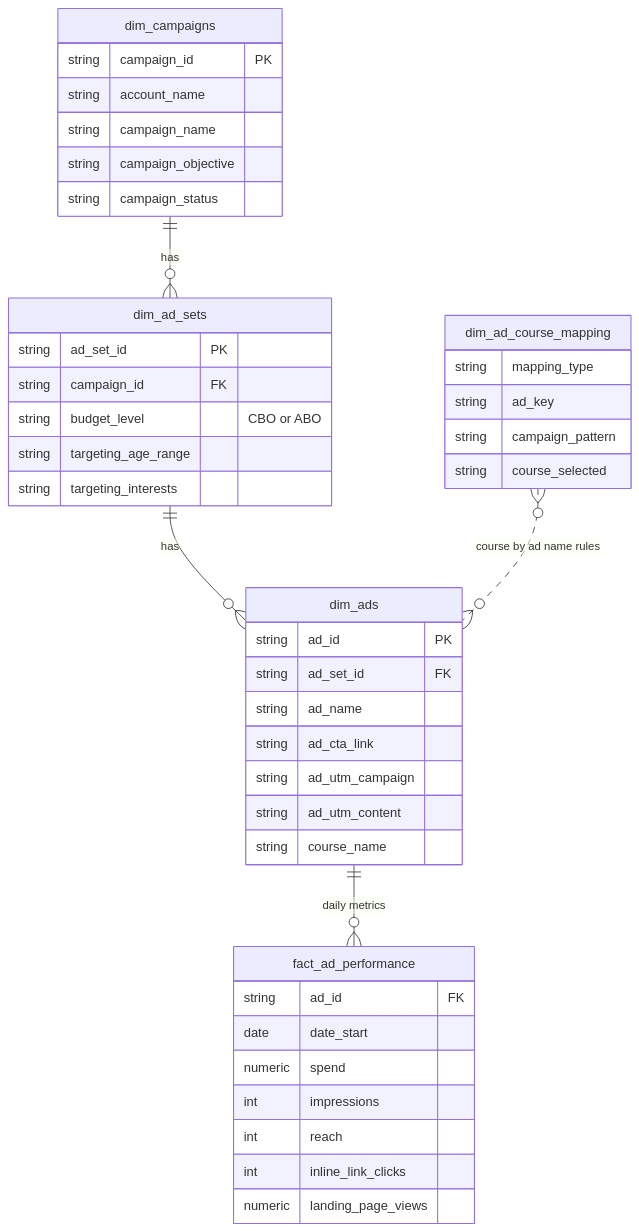
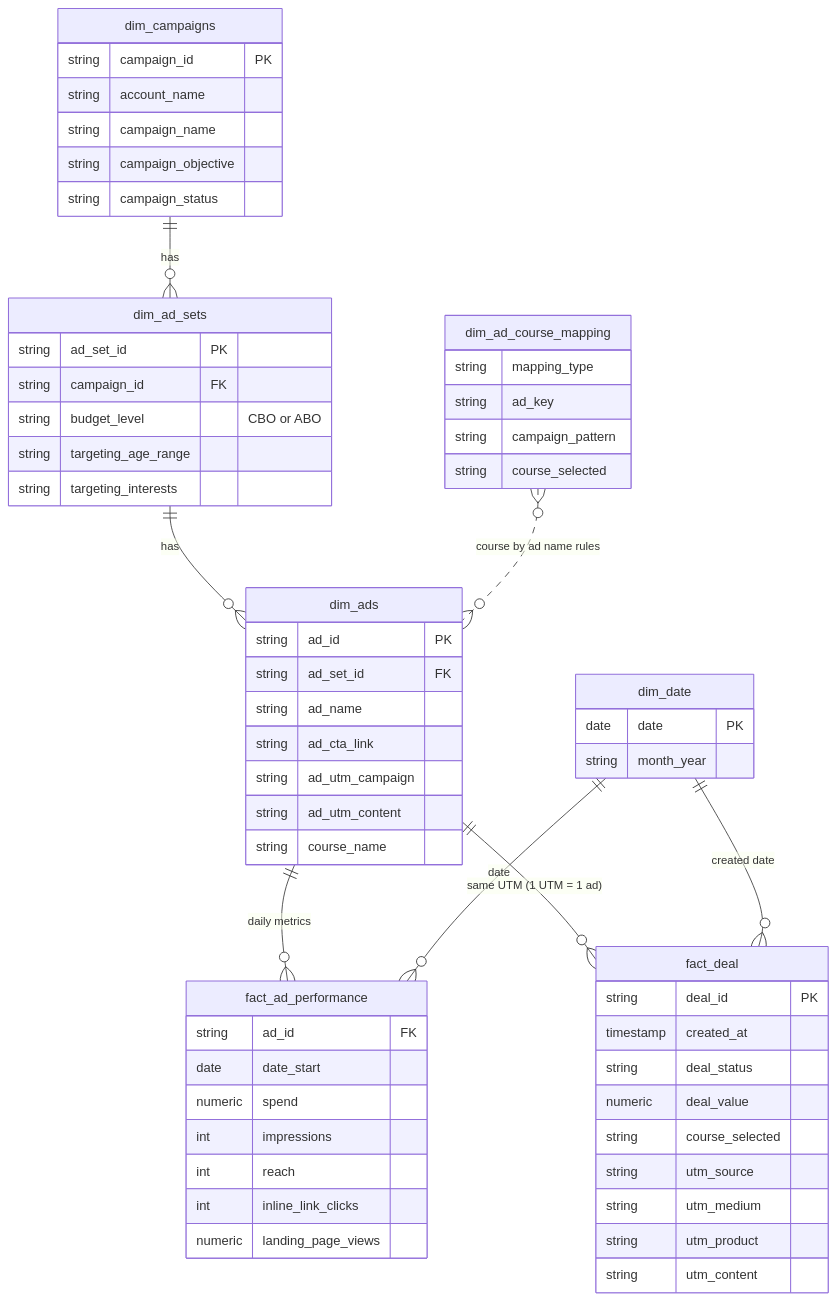
One commit to tuhoang3112/fb-ads-lead-attribution changed the second of 2 diagrams in README.md. Above: the diagram before and after it, drawn with Mermaid. The commit also changed other lines of this file and 4 other files, not shown here.

First line of the commit message:
Add dim_date to the mart; extend the data model diagram with fact_deal and dim_date

````diff
--- a/README.md
+++ b/README.md
@@ -111,46 +112,64 @@
 ```mermaid
 erDiagram
   dim_campaigns ||--o{ dim_ad_sets : "has"
   dim_ad_sets ||--o{ dim_ads : "has"
   dim_ads ||--o{ fact_ad_performance : "daily metrics"
   dim_ad_course_mapping }o..o{ dim_ads : "course by ad name rules"
+  dim_ads ||--o{ fact_deal : "same UTM (1 UTM = 1 ad)"
+  dim_date ||--o{ fact_ad_performance : "date"
+  dim_date ||--o{ fact_deal : "created date"
 
   dim_campaigns {
     string campaign_id PK
     string account_name
     string campaign_name
     string campaign_objective
     string campaign_status
   }
   dim_ad_sets {
     string ad_set_id PK
     string campaign_id FK
     string budget_level "CBO or ABO"
     string targeting_age_range
     string targeting_interests
   }
   dim_ads {
     string ad_id PK
     string ad_set_id FK
     string ad_name
     string ad_cta_link
     string ad_utm_campaign
     string ad_utm_content
     string course_name
   }
   fact_ad_performance {
     string ad_id FK
     date date_start
     numeric spend
     int impressions
     int reach
     int inline_link_clicks
     numeric landing_page_views
   }
   dim_ad_course_mapping {
     string mapping_type
     string ad_key
     string campaign_pattern
     string course_selected
   }
+  fact_deal {
+    string deal_id PK
+    timestamp created_at
+    string deal_status
+    numeric deal_value
+    string course_selected
+    string utm_source
+    string utm_medium
+    string utm_product
+    string utm_content
+  }
+  dim_date {
+    date date PK
+    string month_year
+  }
 ```
````
